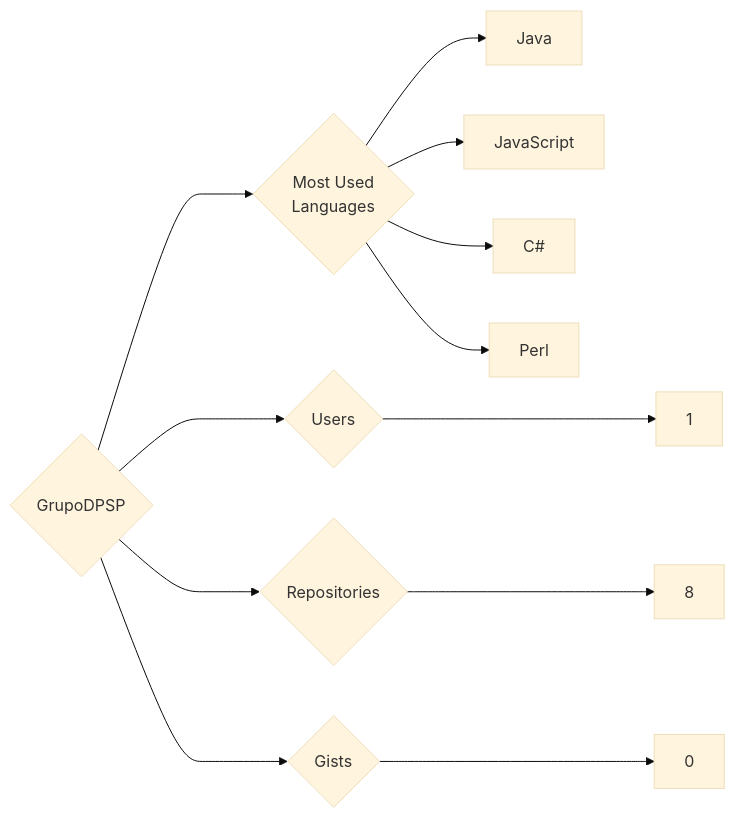
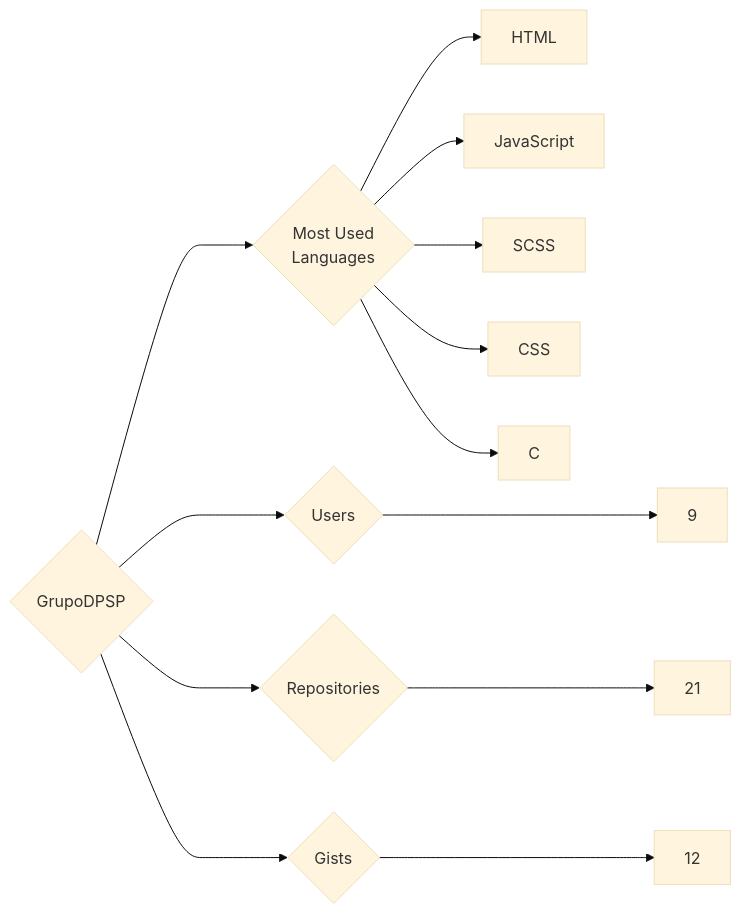
One commit to trickest/insiders changed the diagram in targets/GrupoDPSP/README.md. Above: the diagram before and after it, drawn with Mermaid (base theme). The commit also changed 1314 other files, not shown here.

````diff
--- a/targets/GrupoDPSP/README.md
+++ b/targets/GrupoDPSP/README.md
@@ -3,12 +3,13 @@
 ```mermaid
 graph LR
 COMPANY_NAME{GrupoDPSP}
-COMPANY_NAME ---> U{Users} ---> UN[1]
-COMPANY_NAME ---> R{Repositories} ---> RN[8]
-COMPANY_NAME ---> G{Gists} ---> GN[0]
+COMPANY_NAME ---> U{Users} ---> UN[9]
+COMPANY_NAME ---> R{Repositories} ---> RN[21]
+COMPANY_NAME ---> G{Gists} ---> GN[12]
 COMPANY_NAME ---> ML{Most Used<br>Languages}
-ML --> Java[Java]
+ML --> HTML[HTML]
 ML --> JavaScript[JavaScript]
-ML --> C#[C#]
-ML --> Perl[Perl]
+ML --> SCSS[SCSS]
+ML --> CSS[CSS]
+ML --> C[C]
 ```
````
